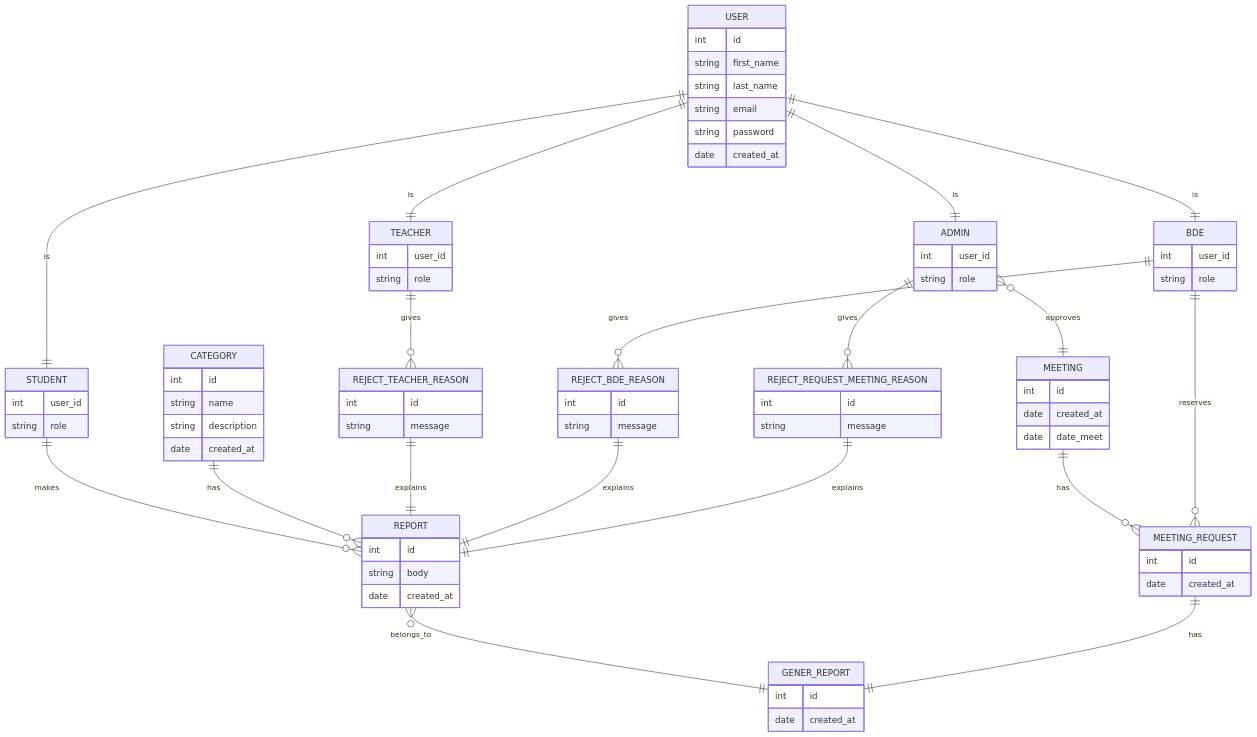
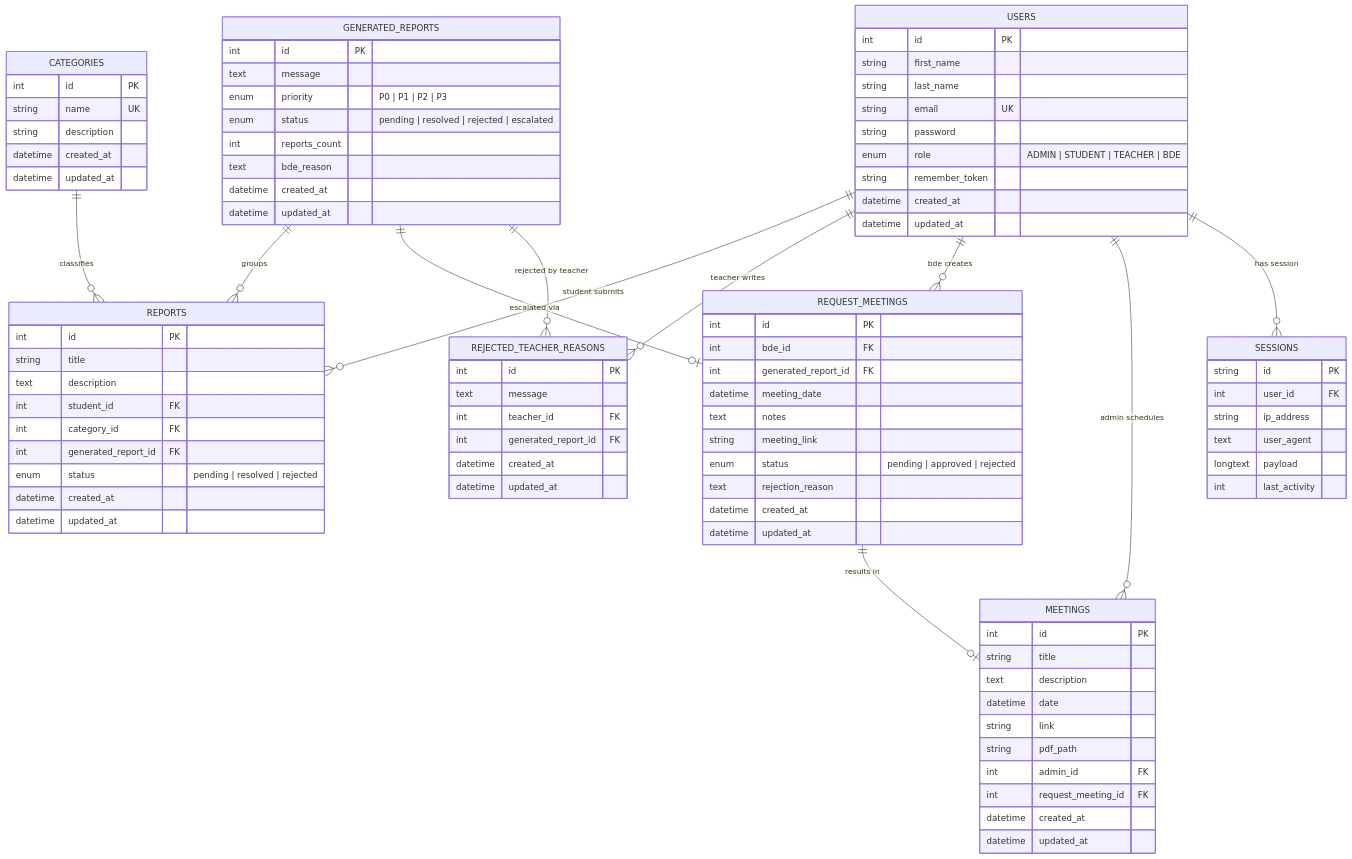
One commit to brahimelhabchi09-lgtm/filrouge changed the diagram in uml/erd.md. Above: the diagram before and after it, drawn with Mermaid. The commit also changed 2 other files, not shown here.

Commit message:
docs: rewrite UML diagrams to match final implemented system
- diagramme_class.puml: accurate class diagram with all fields, methods,
  relationships, priority escalation rule, services (OpenAIPdfReportService,
  MeetingScheduledMail), dark theme matching project design
- use_case.puml: new use case diagram covering all 4 roles (Student, Teacher,
  BDE, Admin) with include relationships for meeting scheduling flow
- erd.md: updated ERD with final schema (all columns, correct types,
  sessions table, bde_reason, rejection_reason, pdf_path)

````diff
--- a/uml/erd.md
+++ b/uml/erd.md
@@ -1,95 +3,102 @@
 ```mermaid
+erDiagram
+    direction TB
 
-	erDiagram
-		direction TB
-		USER {
-			int id  ""  
-			string first_name  ""  
-			string last_name  ""  
-			string email  ""  
-			string password  ""  
-			date created_at  ""  
-		}
+    USERS {
+        int     id              PK
+        string  first_name
+        string  last_name
+        string  email           UK
+        string  password
+        enum    role            "ADMIN | STUDENT | TEACHER | BDE"
+        string  remember_token
+        datetime created_at
+        datetime updated_at
+    }
 
-		STUDENT {
-			int user_id  ""  
-			string role  ""  
-		}
+    CATEGORIES {
+        int     id              PK
+        string  name            UK
+        string  description
+        datetime created_at
+        datetime updated_at
+    }
 
-		ADMIN {
-			int user_id  ""  
-			string role  ""  
-		}
+    REPORTS {
+        int     id              PK
+        string  title
+        text    description
+        int     student_id      FK
+        int     category_id     FK
+        int     generated_report_id FK
+        enum    status          "pending | resolved | rejected"
+        datetime created_at
+        datetime updated_at
+    }
 
-		TEACHER {
-			int user_id  ""  
-			string role  ""  
-		}
+    GENERATED_REPORTS {
+        int     id              PK
+        text    message
+        enum    priority        "P0 | P1 | P2 | P3"
+        enum    status          "pending | resolved | rejected | escalated"
+        int     reports_count
+        text    bde_reason
+        datetime created_at
+        datetime updated_at
+    }
 
-		BDE {
-			int user_id  ""  
-			string role  ""  
-		}
+    REJECTED_TEACHER_REASONS {
+        int     id              PK
+        text    message
+        int     teacher_id      FK
+        int     generated_report_id FK
+        datetime created_at
+        datetime updated_at
+    }
 
-		CATEGORY {
-			int id  ""  
-			string name  ""  
-			string description  ""  
-			date created_at  ""  
-		}
+    REQUEST_MEETINGS {
+        int     id              PK
+        int     bde_id          FK
+        int     generated_report_id FK
+        datetime meeting_date
+        text    notes
+        string  meeting_link
+        enum    status          "pending | approved | rejected"
+        text    rejection_reason
+        datetime created_at
+        datetime updated_at
+    }
 
-		REPORT {
-			int id  ""  
-			string body  ""  
-			date created_at  ""  
-		}
+    MEETINGS {
+        int     id              PK
+        string  title
+        text    description
+        datetime date
+        string  link
+        string  pdf_path
+        int     admin_id        FK
+        int     request_meeting_id FK
+        datetime created_at
+        datetime updated_at
+    }
 
-		GENER_REPORT {
-			int id  ""  
-			date created_at  ""  
-		}
+    SESSIONS {
+        string  id              PK
+        int     user_id         FK
+        string  ip_address
+        text    user_agent
+        longtext payload
+        int     last_activity
+    }
 
-		MEETING {
-			int id  ""  
-			date created_at  ""  
-			date date_meet  ""  
-		}
-
-		MEETING_REQUEST {
-			int id  ""  
-			date created_at  ""  
-		}
-
-		REJECT_TEACHER_REASON {
-			int id  ""  
-			string message  ""  
-		}
-
-		REJECT_BDE_REASON {
-			int id  ""  
-			string message  ""  
-		}
-
-		REJECT_REQUEST_MEETING_REASON {
-			int id  ""  
-			string message  ""  
-		}
-
-		USER||--||STUDENT:"is"
-		USER||--||ADMIN:"is"
-		USER||--||TEACHER:"is"
-		USER||--||BDE:"is"
-		STUDENT||--o{REPORT:"makes"
-		CATEGORY||--o{REPORT:"has"
-		REPORT}o--||GENER_REPORT:"belongs_to"
-		ADMIN}o--||MEETING:"approves"
-		MEETING||--o{MEETING_REQUEST:"has"
-		BDE||--o{MEETING_REQUEST:"reserves"
-		MEETING_REQUEST||--||GENER_REPORT:"has"
-		TEACHER||--o{REJECT_TEACHER_REASON:"gives"
-		BDE||--o{REJECT_BDE_REASON:"gives"
-		ADMIN||--o{REJECT_REQUEST_MEETING_REASON:"gives"
-		REJECT_TEACHER_REASON||--||REPORT:"explains"
-		REJECT_BDE_REASON||--||REPORT:"explains"
-		REJECT_REQUEST_MEETING_REASON||--||REPORT:"explains"
+    USERS         ||--o{ REPORTS                  : "student submits"
+    CATEGORIES    ||--o{ REPORTS                  : "classifies"
+    GENERATED_REPORTS ||--o{ REPORTS              : "groups"
+    GENERATED_REPORTS ||--o| REQUEST_MEETINGS     : "escalated via"
+    GENERATED_REPORTS ||--o{ REJECTED_TEACHER_REASONS : "rejected by teacher"
+    USERS         ||--o{ REJECTED_TEACHER_REASONS : "teacher writes"
+    USERS         ||--o{ REQUEST_MEETINGS         : "bde creates"
+    REQUEST_MEETINGS ||--o| MEETINGS              : "results in"
+    USERS         ||--o{ MEETINGS                 : "admin schedules"
+    USERS         ||--o{ SESSIONS                 : "has session"
 ```
````
